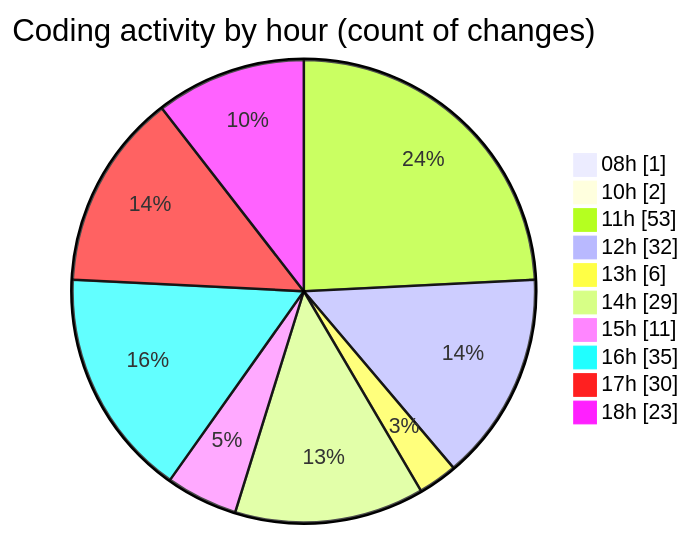
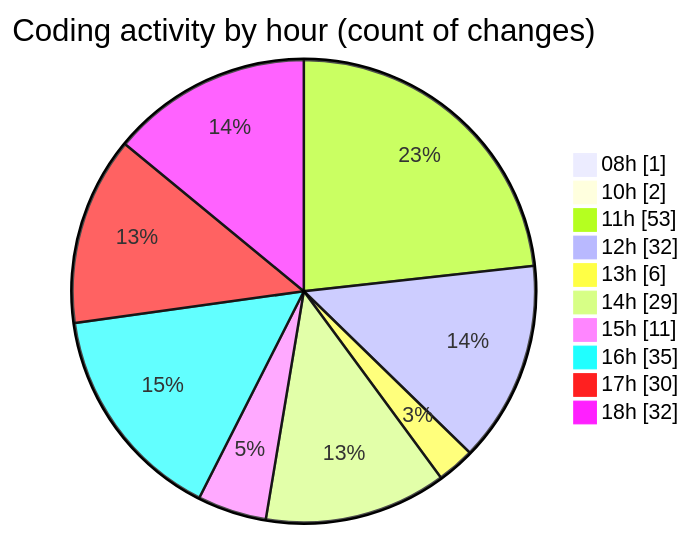
One commit to momahboobian/code-tracking changed the second of 2 diagrams in 2025-07-03/cda/README.md. Above: the diagram before and after it, drawn with Mermaid. The commit also changed other lines of this file and 1 other file, not shown here.

````diff
--- a/2025-07-03/cda/README.md
+++ b/2025-07-03/cda/README.md
@@ -58,14 +58,14 @@
 ```mermaid
 pie showData
 title Coding activity by hour (count of changes)
 "08h" : 1
 "10h" : 2
 "11h" : 53
 "12h" : 32
 "13h" : 6
 "14h" : 29
 "15h" : 11
 "16h" : 35
 "17h" : 30
-"18h" : 23
+"18h" : 32
 ```
````
